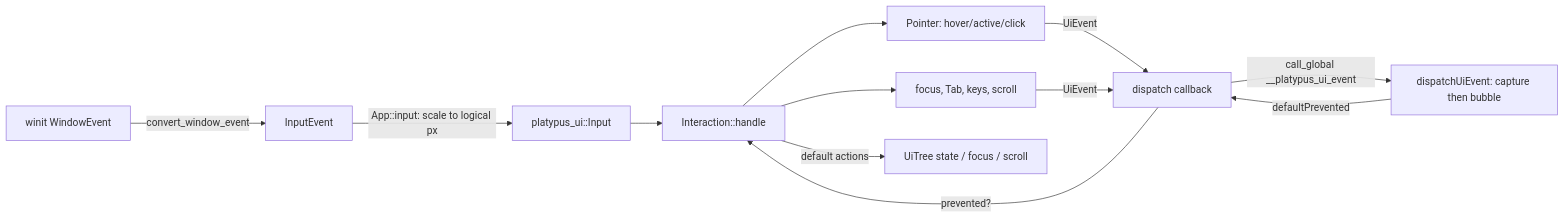
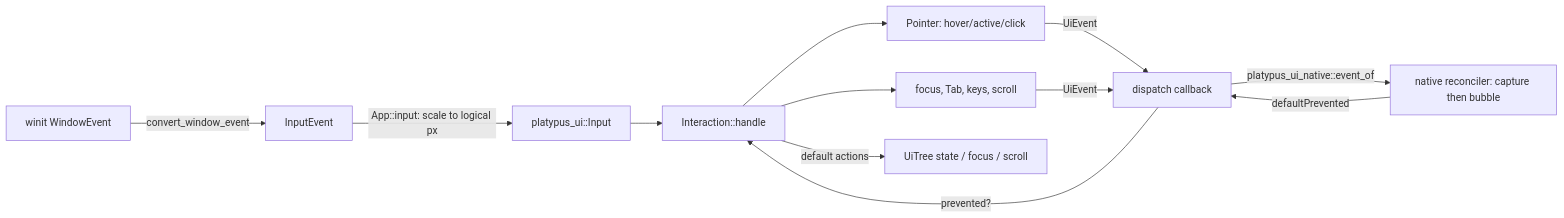
Before and after one commit to Quacky2200/Iron: the first of 2 diagrams in docs/input-and-events.md, drawn with Mermaid. The commit also changed other lines of this file and 37 other files, not shown here.

````diff
--- a/docs/input-and-events.md
+++ b/docs/input-and-events.md
@@ -10,13 +10,13 @@
 ```mermaid
 flowchart LR
   W[winit WindowEvent] -->|convert_window_event| IE[InputEvent]
   IE -->|App::input: scale to logical px| IN[platypus_ui::Input]
   IN --> H[Interaction::handle]
   H --> P[Pointer: hover/active/click]
   H --> F[focus, Tab, keys, scroll]
   P & F -->|UiEvent| D[dispatch callback]
-  D -->|call_global __platypus_ui_event| JS[dispatchUiEvent: capture then bubble]
+  D -->|platypus_ui_native::event_of| JS[native reconciler: capture then bubble]
   JS -->|defaultPrevented| D
   D -->|prevented?| H
   H -->|default actions| T[UiTree state / focus / scroll]
 ```
````
